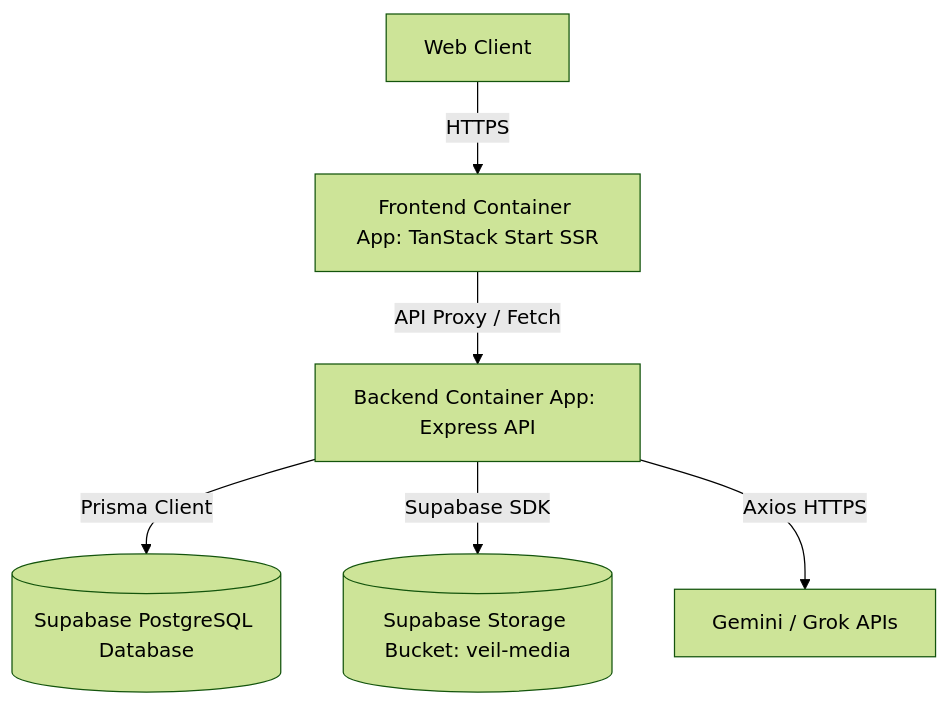
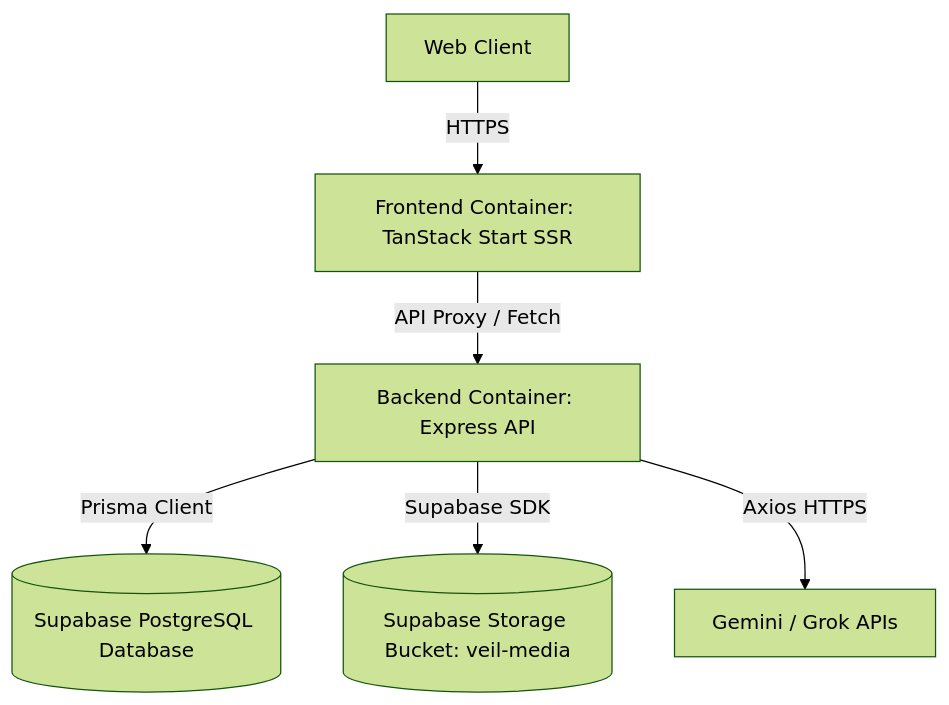
Before and after one commit to sakashdora/Social_Space: the diagram in FINAL_AUDIT_REPORT.md, drawn with Mermaid (forest theme). The commit also changed other lines of this file and 15 other files, not shown here.

Commit message:
Remove Azure deployment and configure Vercel unified SSR + Express serverless deployment

````diff
--- a/FINAL_AUDIT_REPORT.md
+++ b/FINAL_AUDIT_REPORT.md
@@ -19,8 +19,8 @@
 ```mermaid
 graph TD
-  User[Web Client] -->|HTTPS| Frontend[Frontend Container App: TanStack Start SSR]
-  Frontend -->|API Proxy / Fetch| Backend[Backend Container App: Express API]
+  User[Web Client] -->|HTTPS| Frontend[Frontend Container: TanStack Start SSR]
+  Frontend -->|API Proxy / Fetch| Backend[Backend Container: Express API]
   Backend -->|Prisma Client| DB[(Supabase PostgreSQL Database)]
   Backend -->|Supabase SDK| Storage[(Supabase Storage Bucket: veil-media)]
   Backend -->|Axios HTTPS| AI[Gemini / Grok APIs]
 ```
````
